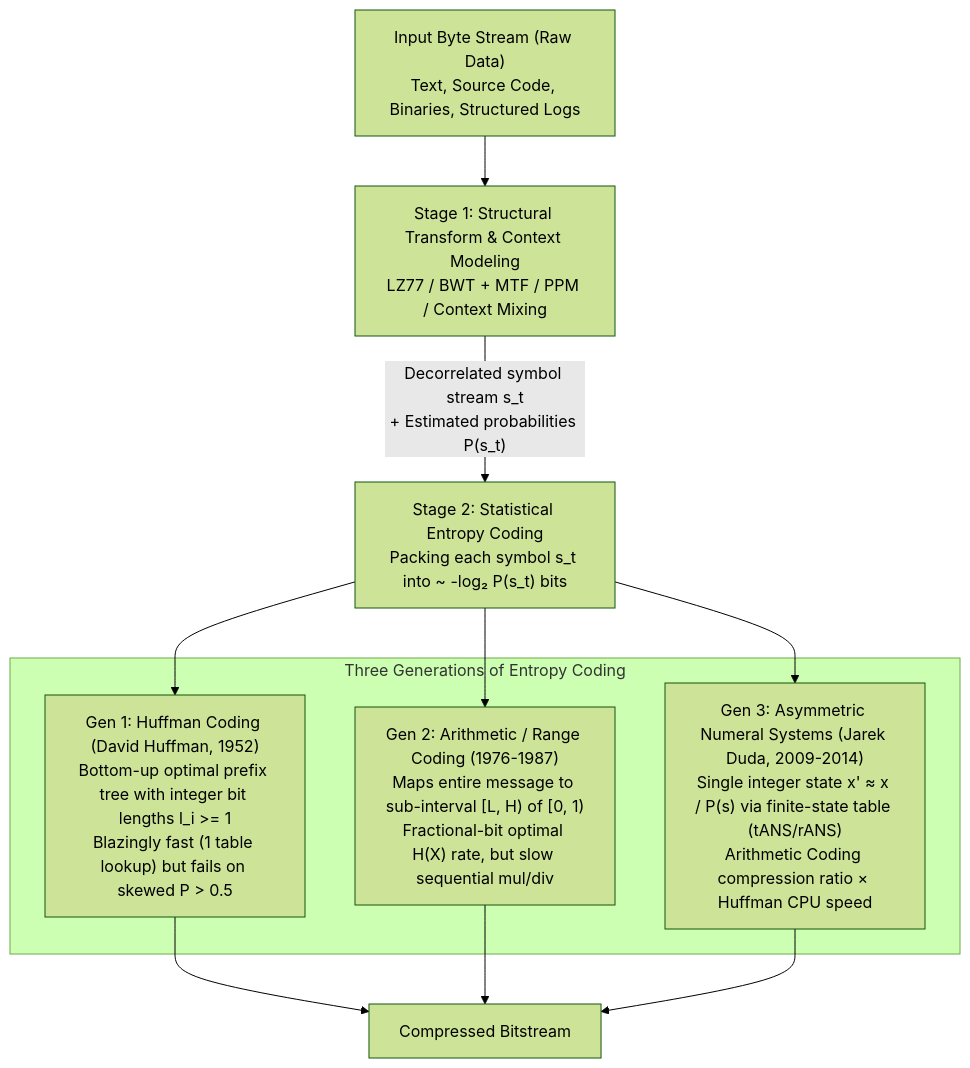
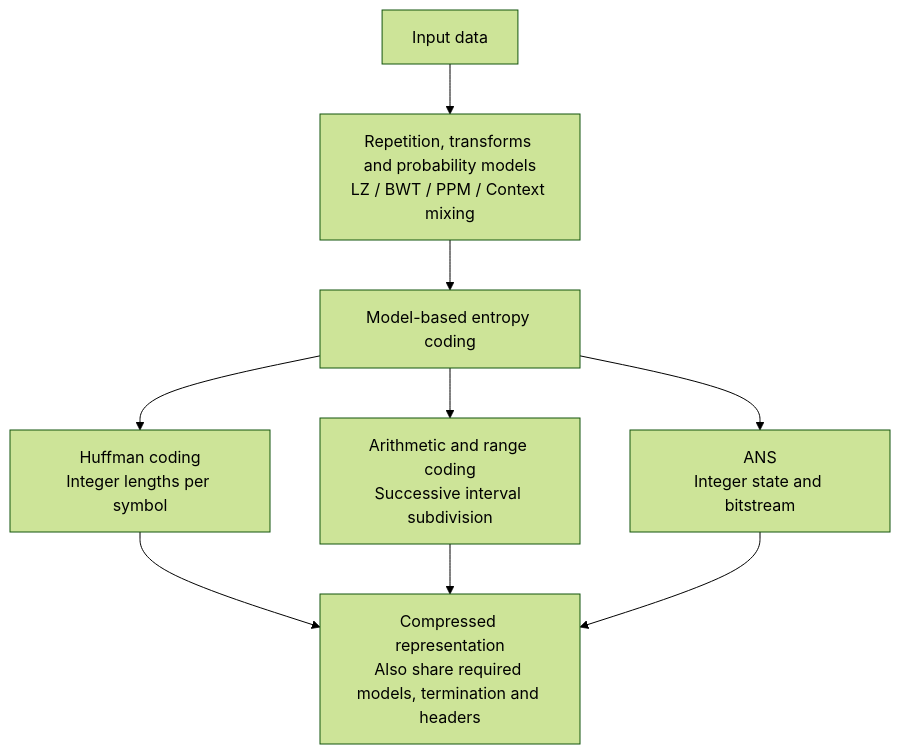
The first of 2 diagrams in content/post/lossless-data-compression-shannon-entropy-huffman-lz77-arithmetic-coding-ans/index.en.md (kenjinote/blog), drawn with Mermaid (forest theme) before and after one commit. The commit also changed other lines of this file and 15 other files, not shown here.

Commit message:
Review lossless compression source and English with explicit coding assumptions

````diff
--- a/content/post/lossless-data-compression-shannon-entropy-huffman-lz77-arithmetic-coding-ans/index.en.md
+++ b/content/post/lossless-data-compression-shannon-entropy-huffman-lz77-arithmetic-coding-ans/index.en.md
@@ -139,18 +148,11 @@
 ```mermaid
 flowchart TD
-    Raw["Input Byte Stream (Raw Data)<br/>Text, Source Code, Binaries, Structured Logs"] --> Model["Stage 1: Structural Transform & Context Modeling<br/>LZ77 / BWT + MTF / PPM / Context Mixing"]
-    Model -->|"Decorrelated symbol stream s_t<br/>+ Estimated probabilities P(s_t)"| Entropy["Stage 2: Statistical Entropy Coding<br/>Packing each symbol s_t into ~ -log₂ P(s_t) bits"]
-
-    subgraph Generations["Three Generations of Entropy Coding"]
-        Gen1["Gen 1: Huffman Coding (David Huffman, 1952)<br/>Bottom-up optimal prefix tree with integer bit lengths l_i >= 1<br/>Blazingly fast (1 table lookup) but fails on skewed P > 0.5"]
-        Gen2["Gen 2: Arithmetic / Range Coding (1976-1987)<br/>Maps entire message to sub-interval [L, H) of [0, 1)<br/>Fractional-bit optimal H(X) rate, but slow sequential mul/div"]
-        Gen3["Gen 3: Asymmetric Numeral Systems (Jarek Duda, 2009-2014)<br/>Single integer state x' ≈ x / P(s) via finite-state table (tANS/rANS)<br/>Arithmetic Coding compression ratio × Huffman CPU speed"]
-    end
-
-    Entropy --> Gen1
-    Entropy --> Gen2
-    Entropy --> Gen3
-    Gen1 --> Out["Compressed Bitstream"]
-    Gen2 --> Out
-    Gen3 --> Out
+    Raw["Input data"] --> Model["Repetition, transforms and probability models<br/>LZ / BWT / PPM / Context mixing"]
+    Model --> Entropy["Model-based entropy coding"]
+    Entropy --> Huff["Huffman coding<br/>Integer lengths per symbol"]
+    Entropy --> Arithmetic["Arithmetic and range coding<br/>Successive interval subdivision"]
+    Entropy --> ANS["ANS<br/>Integer state and bitstream"]
+    Huff --> Out["Compressed representation<br/>Also share required models, termination and headers"]
+    Arithmetic --> Out
+    ANS --> Out
 ```
````
